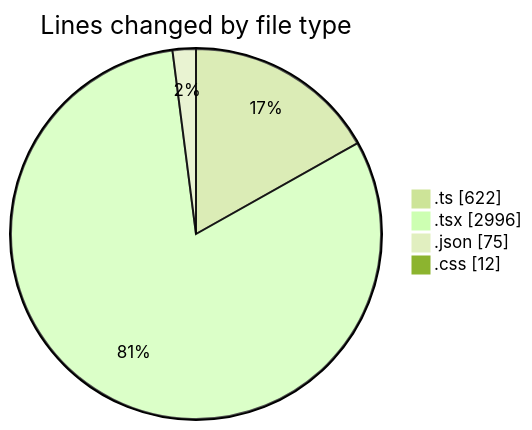
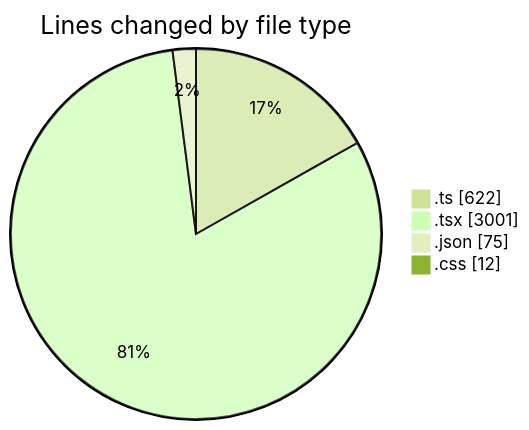
Before and after one commit to robertbonfada/code-tracking: the first of 2 diagrams in 2025-01-27/termonied-web/README.md, drawn with Mermaid (forest theme). The commit also changed other lines of this file and 1 other file, not shown here.

````diff
--- a/2025-01-27/termonied-web/README.md
+++ b/2025-01-27/termonied-web/README.md
@@ -33,8 +33,8 @@
 ```mermaid
 pie showData
 title Lines changed by file type
 ".ts" : 622
-".tsx" : 2996
+".tsx" : 3001
 ".json" : 75
 ".css" : 12
 ```
````
